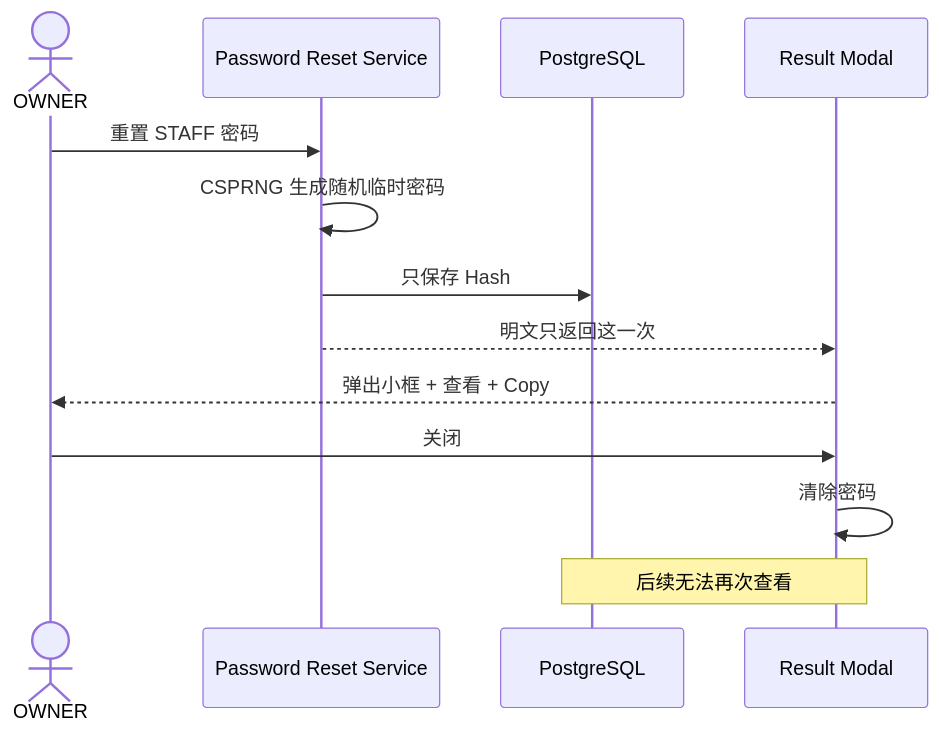
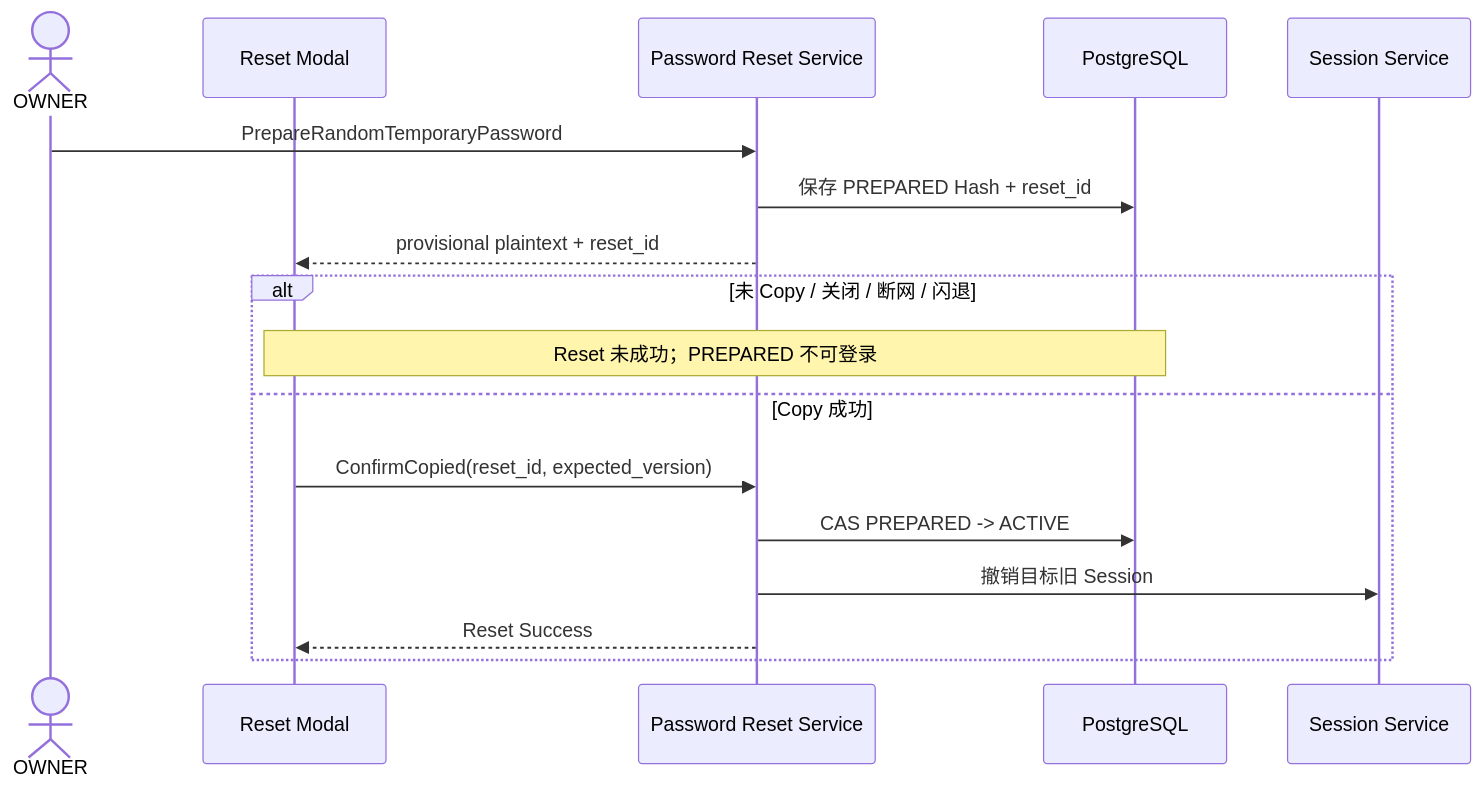
Before and after one commit to sxyq/mastergoods: the second of 9 diagrams in docs/system-design/01-账户与身份/04-密码与账号恢复.md, drawn with Mermaid. The commit also changed other lines of this file and 3 other files, not shown here.

Commit message:
docs(identity): refine reset session and verification rules

````diff
--- a/docs/system-design/01-账户与身份/04-密码与账号恢复.md
+++ b/docs/system-design/01-账户与身份/04-密码与账号恢复.md
@@ -98,17 +70,21 @@
 ```mermaid
 sequenceDiagram
     actor O as OWNER
+    participant UI as Reset Modal
     participant RESET as Password Reset Service
     participant DB as PostgreSQL
-    participant UI as Result Modal
+    participant SESSION as Session Service
 
-    O->>RESET: 重置 STAFF 密码
-    RESET->>RESET: CSPRNG 生成随机临时密码
-    RESET->>DB: 只保存 Hash
-    RESET-->>UI: 明文只返回这一次
-    UI-->>O: 弹出小框 + 查看 + Copy
+    O->>RESET: PrepareRandomTemporaryPassword
+    RESET->>DB: 保存 PREPARED Hash + reset_id
+    RESET-->>UI: provisional plaintext + reset_id
 
-    O->>UI: 关闭
-    UI->>UI: 清除密码
-    Note over UI,DB: 后续无法再次查看
+    alt 未 Copy / 关闭 / 断网 / 闪退
+        Note over UI,DB: Reset 未成功；PREPARED 不可登录
+    else Copy 成功
+        UI->>RESET: ConfirmCopied(reset_id, expected_version)
+        RESET->>DB: CAS PREPARED -> ACTIVE
+        RESET->>SESSION: 撤销目标旧 Session
+        RESET-->>UI: Reset Success
+    end
 ```
````
